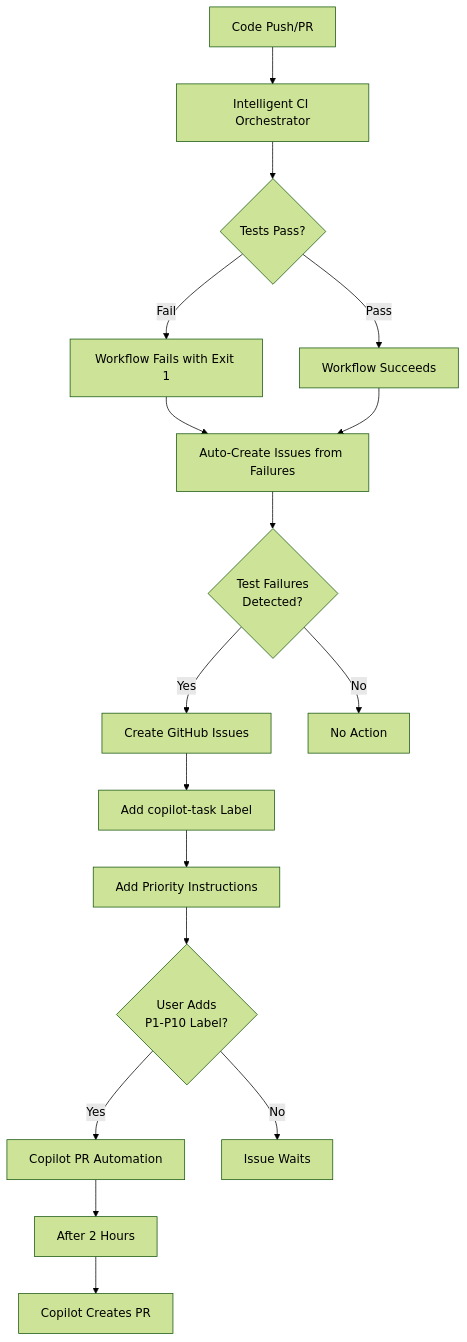
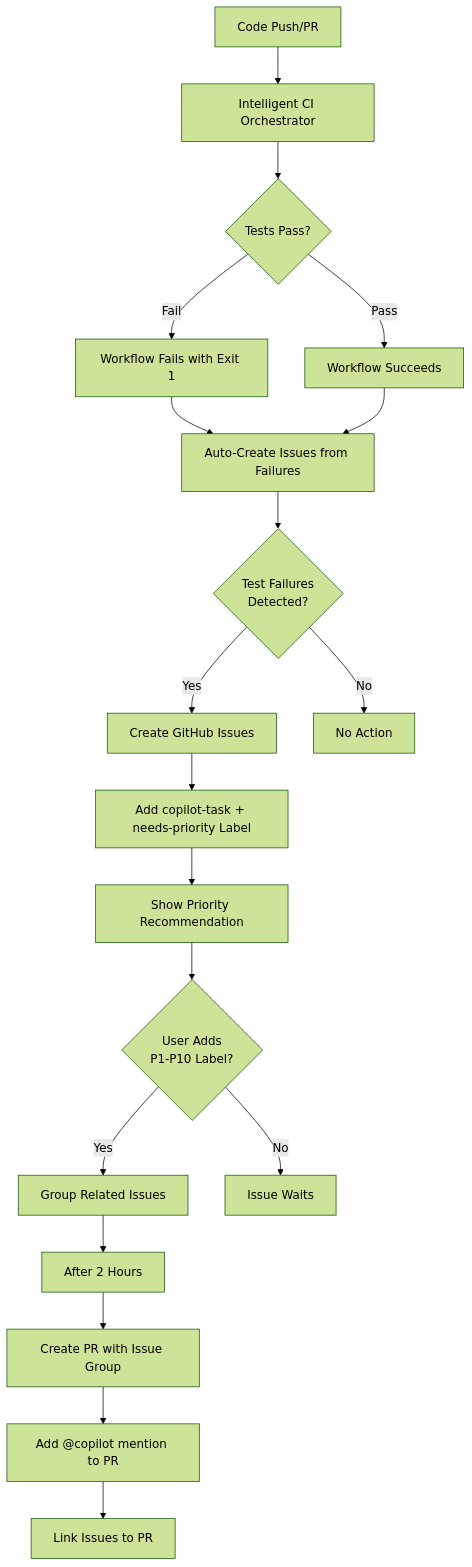
The diagram in docs/AUTOMATED-WORKFLOW-CHAIN.md (wizzense/AitherZero), drawn with Mermaid (forest theme) before and after one commit. The commit also changed other lines of this file, not shown here.

````diff
--- a/docs/AUTOMATED-WORKFLOW-CHAIN.md
+++ b/docs/AUTOMATED-WORKFLOW-CHAIN.md
@@ -7,19 +7,21 @@
 ```mermaid
 graph TD
     A[Code Push/PR] --> B[Intelligent CI Orchestrator]
     B --> C{Tests Pass?}
     C -->|Fail| D[Workflow Fails with Exit 1]
     C -->|Pass| E[Workflow Succeeds]
     D --> F[Auto-Create Issues from Failures]
     E --> F
     F --> G{Test Failures<br/>Detected?}
     G -->|Yes| H[Create GitHub Issues]
     G -->|No| I[No Action]
-    H --> J[Add copilot-task Label]
-    J --> K[Add Priority Instructions]
+    H --> J[Add copilot-task + needs-priority Label]
+    J --> K[Show Priority Recommendation]
     K --> L{User Adds<br/>P1-P10 Label?}
-    L -->|Yes| M[Copilot PR Automation]
+    L -->|Yes| M[Group Related Issues]
     L -->|No| N[Issue Waits]
     M --> O[After 2 Hours]
-    O --> P[Copilot Creates PR]
+    O --> P[Create PR with Issue Group]
+    P --> Q[Add @copilot mention to PR]
+    Q --> R[Link Issues to PR]
 ```
````
